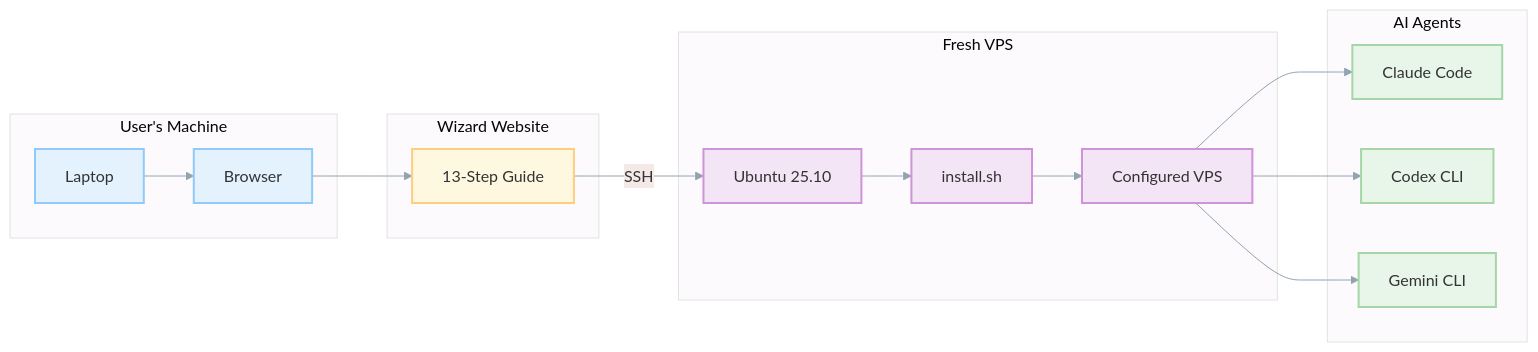
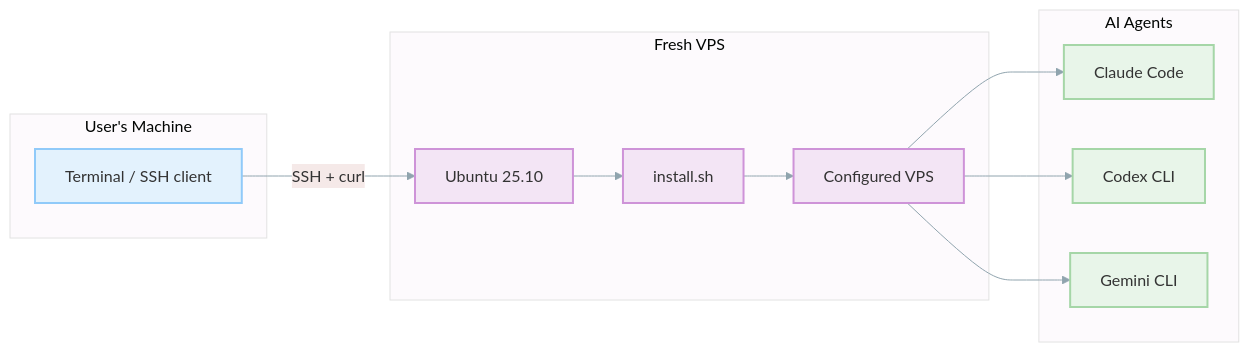
One commit to jonbackhaus/gtbi changed the first of 3 diagrams in README.md. Above: the diagram before and after it, drawn with Mermaid. The commit also changed other lines of this file, not shown here.

````diff
--- a/README.md
+++ b/README.md
@@ -72,44 +76,35 @@
 ```mermaid
 graph LR
     %%{init: {'theme': 'base', 'themeVariables': { 'primaryColor': '#e8f5e9', 'lineColor': '#90a4ae'}}}%%
 
     subgraph user ["User's Machine"]
-        LAPTOP["Laptop"]
-        BROWSER["Browser"]
-    end
-
-    subgraph wizard ["Wizard Website"]
-        STEPS["13-Step Guide"]
+        TERMINAL["Terminal / SSH client"]
     end
 
     subgraph vps ["Fresh VPS"]
         UBUNTU["Ubuntu 25.10"]
         INSTALLER["install.sh"]
         CONFIGURED["Configured VPS"]
     end
 
     subgraph agents ["AI Agents"]
         CLAUDE["Claude Code"]
         CODEX["Codex CLI"]
         GEMINI["Gemini CLI"]
     end
 
-    LAPTOP --> BROWSER
-    BROWSER --> STEPS
-    STEPS -->|SSH| UBUNTU
+    TERMINAL -->|SSH + curl| UBUNTU
     UBUNTU --> INSTALLER
     INSTALLER --> CONFIGURED
     CONFIGURED --> CLAUDE
     CONFIGURED --> CODEX
     CONFIGURED --> GEMINI
 
     classDef user fill:#e3f2fd,stroke:#90caf9,stroke-width:2px
-    classDef wizard fill:#fff8e1,stroke:#ffcc80,stroke-width:2px
     classDef vps fill:#f3e5f5,stroke:#ce93d8,stroke-width:2px
     classDef agent fill:#e8f5e9,stroke:#a5d6a7,stroke-width:2px
 
-    class LAPTOP,BROWSER user
-    class STEPS wizard
+    class TERMINAL user
     class UBUNTU,INSTALLER,CONFIGURED vps
     class CLAUDE,CODEX,GEMINI agent
 ```
````
